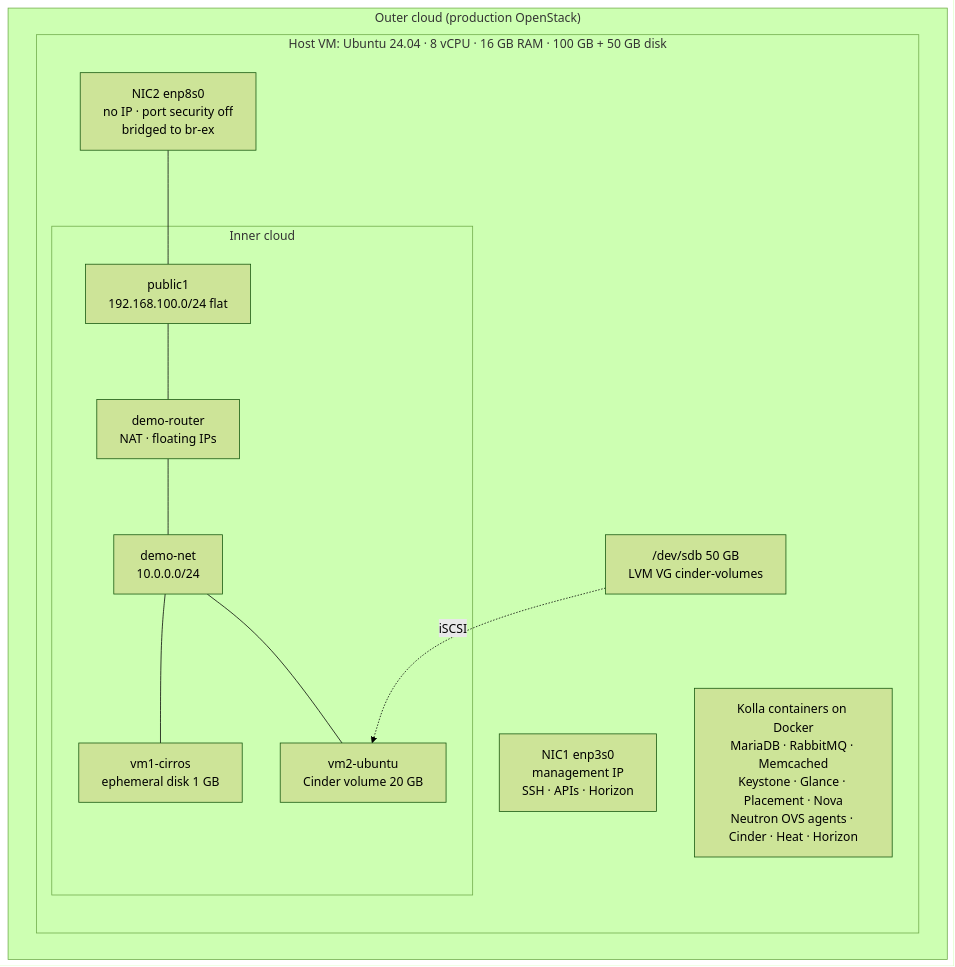
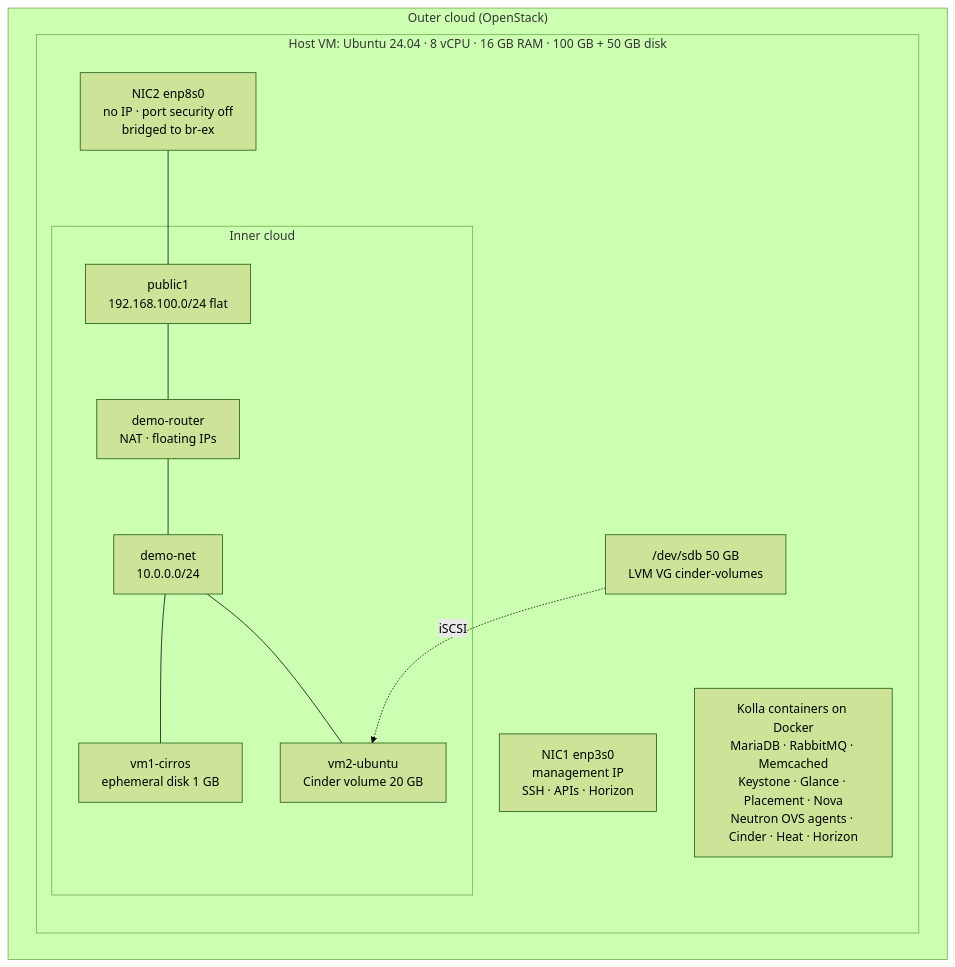
One commit to ishaanarrorra/openstack-kolla-aio-lab changed the diagram in README.md. Above: the diagram before and after it, drawn with Mermaid (forest theme). The commit also changed other lines of this file, not shown here.

Commit message:
Clarify OpenStack deployment environment in README
Updated the README to clarify the deployment environment.

````diff
--- a/README.md
+++ b/README.md
@@ -35,23 +35,23 @@
 ```mermaid
 flowchart TB
-  subgraph OUTER["Outer cloud (production OpenStack)"]
+  subgraph OUTER["Outer cloud (OpenStack)"]
     subgraph HOST["Host VM: Ubuntu 24.04 · 8 vCPU · 16 GB RAM · 100 GB + 50 GB disk"]
       NIC1["NIC1 enp3s0<br/>management IP<br/>SSH · APIs · Horizon"]
       NIC2["NIC2 enp8s0<br/>no IP · port security off<br/>bridged to br-ex"]
       DISK["/dev/sdb 50 GB<br/>LVM VG cinder-volumes"]
       KOLLA["Kolla containers on Docker<br/>MariaDB · RabbitMQ · Memcached<br/>Keystone · Glance · Placement · Nova<br/>Neutron OVS agents · Cinder · Heat · Horizon"]
       subgraph INNER["Inner cloud"]
         PUB["public1<br/>192.168.100.0/24 flat"]
         RTR["demo-router<br/>NAT · floating IPs"]
         NET["demo-net<br/>10.0.0.0/24"]
         VM1["vm1-cirros<br/>ephemeral disk 1 GB"]
         VM2["vm2-ubuntu<br/>Cinder volume 20 GB"]
       end
     end
   end
   NIC2 --- PUB
   PUB --- RTR --- NET
   NET --- VM1
   NET --- VM2
   DISK -. iSCSI .-> VM2
 ```
````
